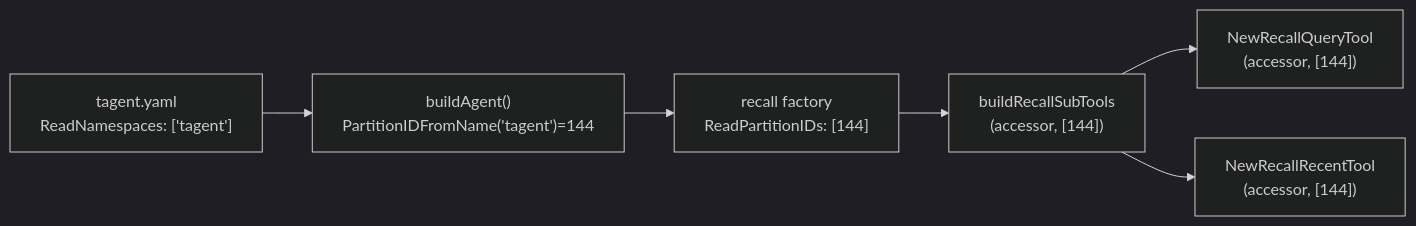
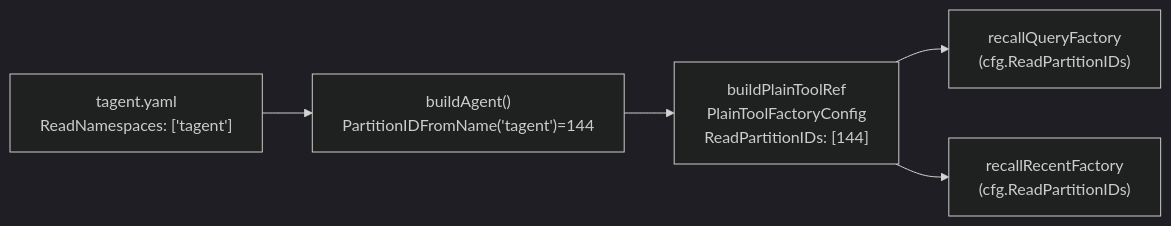
The seventh of 8 diagrams in docs/wiki/agent/agent-architecture.md (SpellingDragon/tagent), drawn with Mermaid (dark theme) before and after one commit. The commit also changed other lines of this file and 78 other files, not shown here.

````diff
--- a/docs/wiki/agent/agent-architecture.md
+++ b/docs/wiki/agent/agent-architecture.md
@@ -1445,8 +1420,7 @@
 ```mermaid
 graph LR
     A["tagent.yaml<br/>ReadNamespaces: ['tagent']"] --> B["buildAgent()<br/>PartitionIDFromName('tagent')=144"]
-    B --> C["recall factory<br/>ReadPartitionIDs: [144]"]
-    C --> D["buildRecallSubTools<br/>(accessor, [144])"]
-    D --> E["NewRecallQueryTool<br/>(accessor, [144])"]
-    D --> F["NewRecallRecentTool<br/>(accessor, [144])"]
+    B --> C["buildPlainToolRef<br/>PlainToolFactoryConfig<br/>ReadPartitionIDs: [144]"]
+    C --> D["recallQueryFactory<br/>(cfg.ReadPartitionIDs)"]
+    C --> E["recallRecentFactory<br/>(cfg.ReadPartitionIDs)"]
 ```
````
